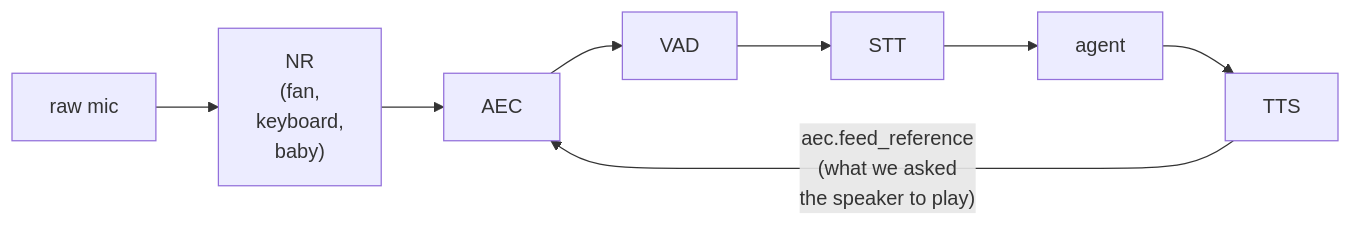
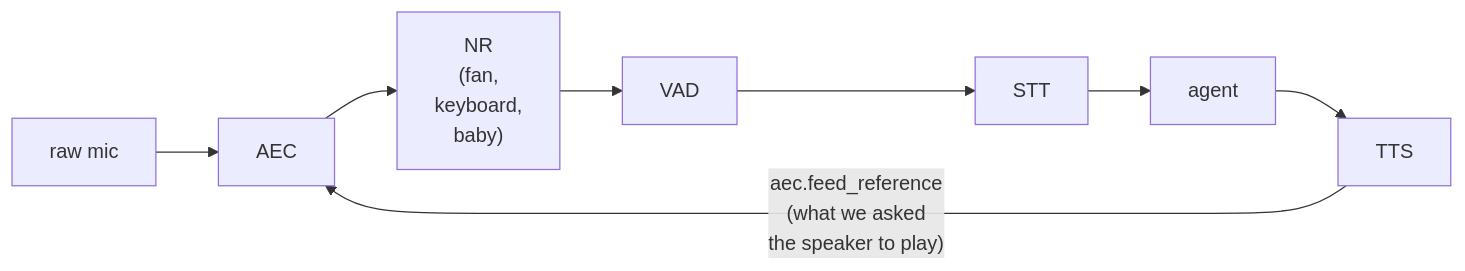
Before and after one commit to yisding/easycat: the diagram in docs/teaching/10-cleaning-signal/README.md, drawn with Mermaid. The commit also changed other lines of this file and 81 other files, not shown here.

````diff
--- a/docs/teaching/10-cleaning-signal/README.md
+++ b/docs/teaching/10-cleaning-signal/README.md
@@ -711,7 +768,8 @@
 ```mermaid
 flowchart LR
-    Mic[raw mic] --> NR["NR<br/>(fan,<br/>keyboard,<br/>baby)"]
-    NR --> AEC --> VAD --> STT --> Agent[agent]
+    Mic[raw mic] --> AEC
+    AEC --> NR["NR<br/>(fan,<br/>keyboard,<br/>baby)"]
+    NR --> VAD --> STT --> Agent[agent]
     Agent --> TTS
     TTS -- "aec.feed_reference<br/>(what we asked<br/>the speaker to play)" --> AEC
 ```
````
